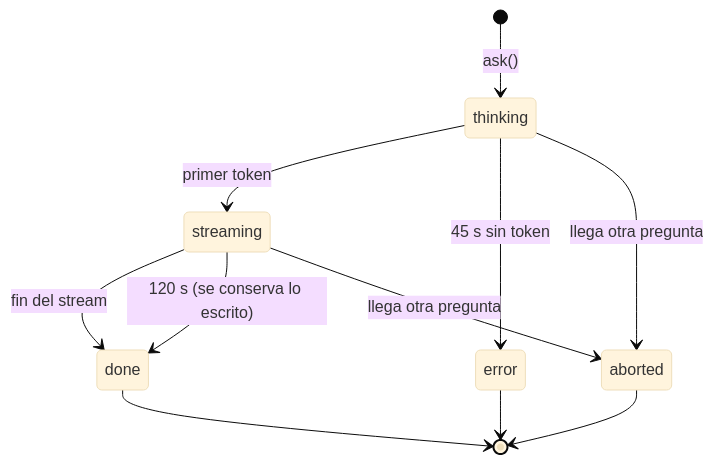
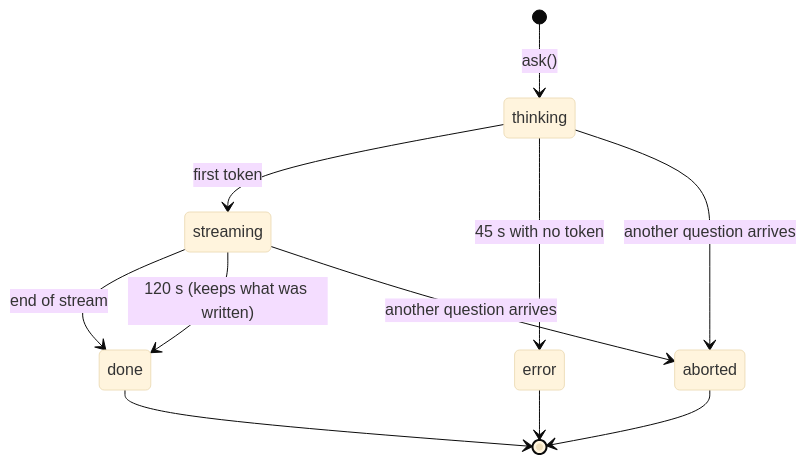
One commit to cflarios/Tayori changed the fourth of 7 diagrams in ARCHITECTURE.md. Above: the diagram before and after it, drawn with Mermaid (base theme). The commit also changed other lines of this file and 2 other files, not shown here.

First line of the commit message:
docs: translate ARCHITECTURE.md to English

````diff
--- a/ARCHITECTURE.md
+++ b/ARCHITECTURE.md
@@ -185,13 +186,13 @@
 ```mermaid
 stateDiagram-v2
     [*] --> thinking: ask()
-    thinking --> streaming: primer token
-    thinking --> error: 45 s sin token
-    thinking --> aborted: llega otra pregunta
-    streaming --> done: fin del stream
-    streaming --> done: 120 s (se conserva lo escrito)
-    streaming --> aborted: llega otra pregunta
+    thinking --> streaming: first token
+    thinking --> error: 45 s with no token
+    thinking --> aborted: another question arrives
+    streaming --> done: end of stream
+    streaming --> done: 120 s (keeps what was written)
+    streaming --> aborted: another question arrives
     done --> [*]
     error --> [*]
     aborted --> [*]
 ```
````
